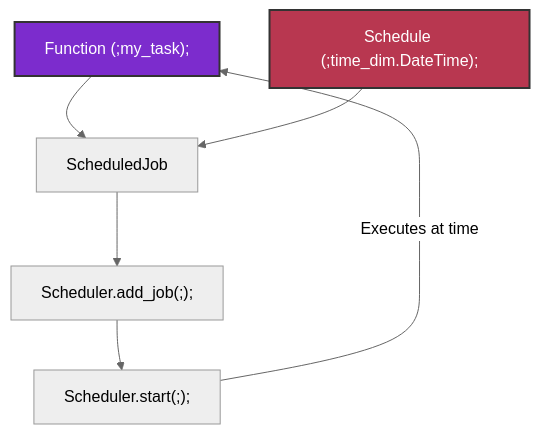
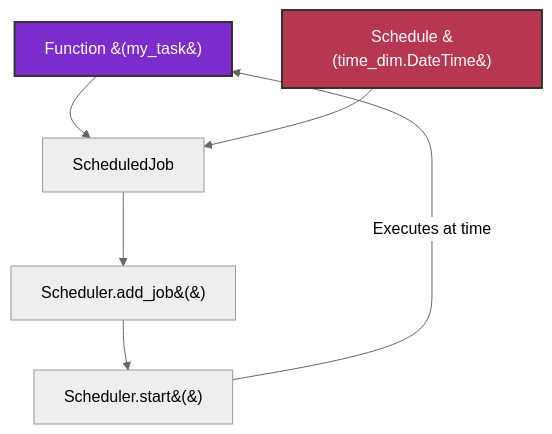
The fifth of 5 diagrams in docs/readme_details/12_example_use/index.md (ikko/sym), drawn with Mermaid (neutral theme) before and after one commit. The commit also changed other lines of this file and 18 other files, not shown here.

````diff
--- a/docs/readme_details/12_example_use/index.md
+++ b/docs/readme_details/12_example_use/index.md
@@ -190,12 +190,12 @@
 ```mermaid
 graph TD
-    A[Function #40;;my_task#41;;] --> B[ScheduledJob];
-    C[Schedule #40;;time_dim.DateTime#41;;] --> B;
-    B --> D[Scheduler.add_job#40;;#41;;];
-    D --> E[Scheduler.start#40;;#41;;];
+    A[Function &#40;my_task&#41;] --> B[ScheduledJob];
+    C[Schedule &#40;time_dim.DateTime&#41;] --> B;
+    B --> D[Scheduler.add_job&#40;&#41;];
+    D --> E[Scheduler.start&#40;&#41;];
     E -- "Executes at time" --> A;
     style C fill:#dfceac,stroke:#333,stroke-width:2px,color:#000000;
 
     style A fill:#7c2ccd,stroke:#333,stroke-width:2px,color:#FFFFFF;
     style C fill:#b83750,stroke:#333,stroke-width:2px,color:#FFFFFF;
 ```
````
